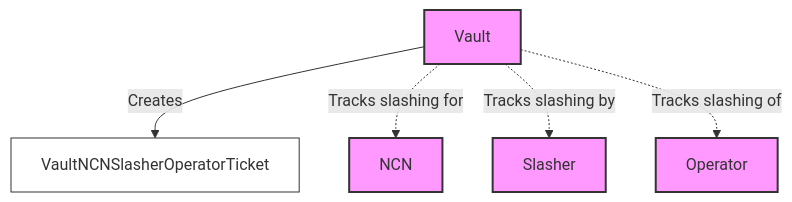
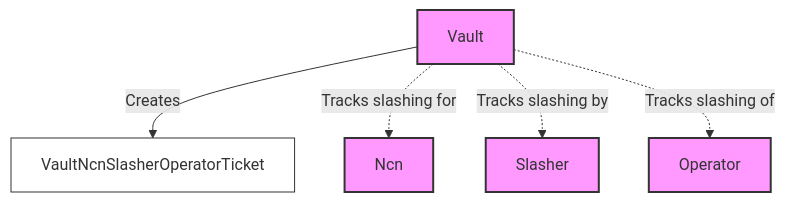
The fourth of 4 diagrams in docs/concepts/vault_program.md (jito-foundation/restaking), drawn with Mermaid before and after one commit. The commit also changed other lines of this file and 1 other file, not shown here.

````diff
--- a/docs/concepts/vault_program.md
+++ b/docs/concepts/vault_program.md
@@ -90,14 +90,14 @@
 ```mermaid
 graph TD
     classDef main fill: #f9f, stroke: #333, stroke-width: 2px;
     classDef ticket fill: #fff, stroke: #333, stroke-width: 1px;
     Vault[Vault]:::main
-    NCN[NCN]:::main
+    Ncn[Ncn]:::main
     Slasher[Slasher]:::main
     Operator[Operator]:::main
-    VaultNcnSlasherOperatorTicket[VaultNCNSlasherOperatorTicket]:::ticket
+    VaultNcnSlasherOperatorTicket[VaultNcnSlasherOperatorTicket]:::ticket
     Vault -->|Creates| VaultNcnSlasherOperatorTicket
-    Vault -.->|Tracks slashing for| NCN
+    Vault -.->|Tracks slashing for| Ncn
     Vault -.->|Tracks slashing by| Slasher
     Vault -.->|Tracks slashing of| Operator
 ```
````
